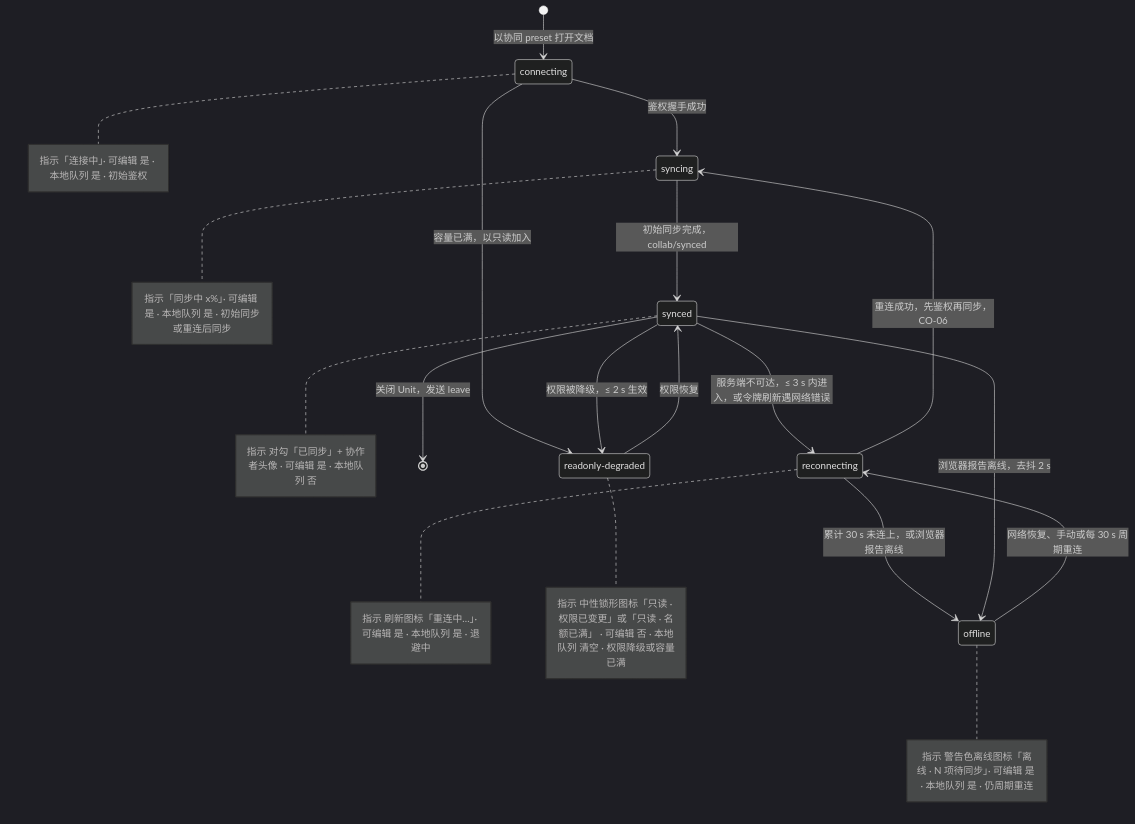
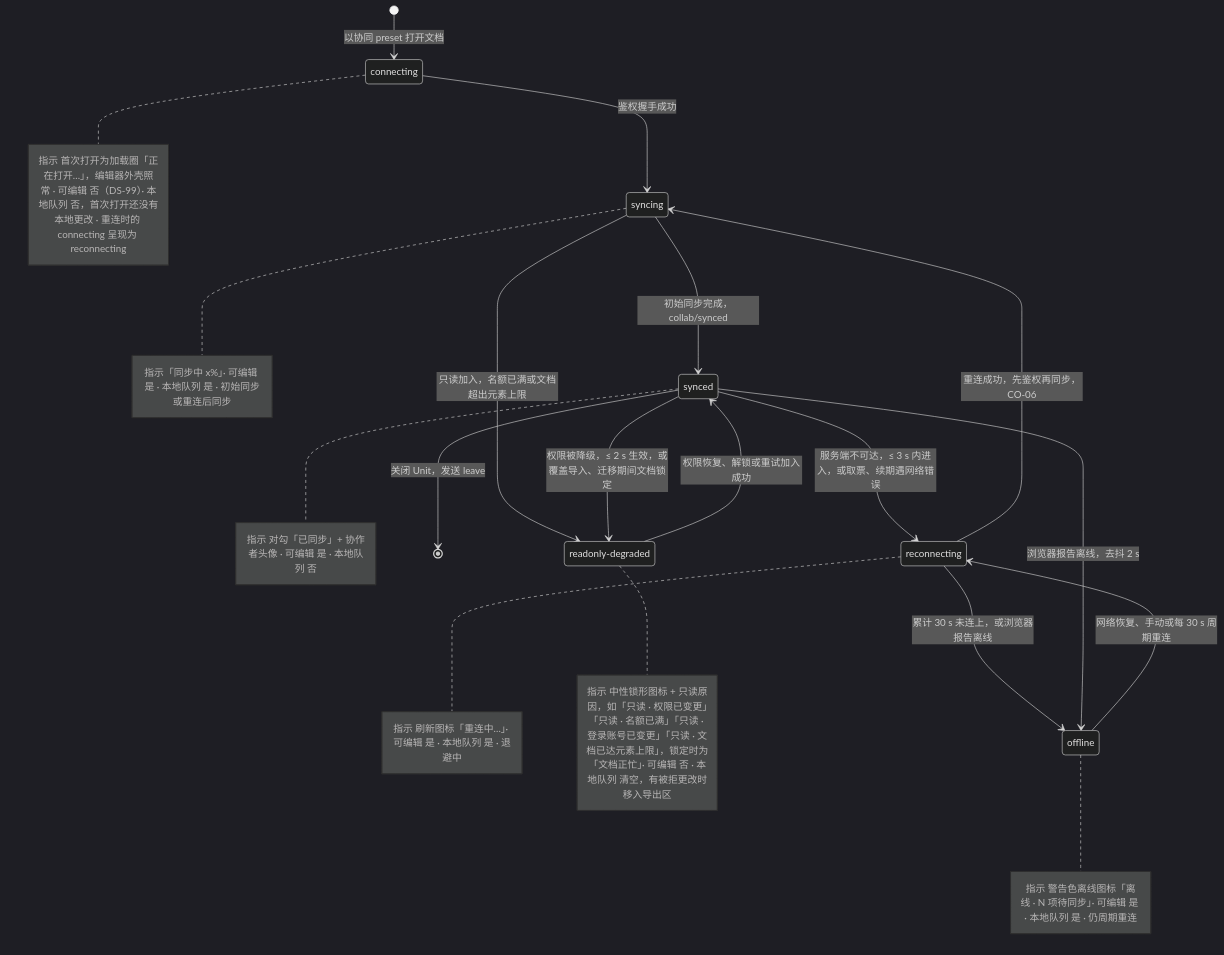
Before and after one commit to Xeonice/cordis-ppt-editor: the tenth of 10 diagrams in docs/10-prd/03-features/03-collaboration.md, drawn with Mermaid (dark theme). The commit also changed other lines of this file and 19 other files, not shown here.

````diff
--- a/docs/10-prd/03-features/03-collaboration.md
+++ b/docs/10-prd/03-features/03-collaboration.md
@@ -461,27 +471,27 @@
 ```mermaid
 stateDiagram-v2
   state "connecting" as connecting
   state "syncing" as syncing
   state "synced" as synced
   state "reconnecting" as reconnecting
   state "offline" as offline
   state "readonly-degraded" as readonly_degraded
   [*] --> connecting: 以协同 preset 打开文档
   connecting --> syncing: 鉴权握手成功
   syncing --> synced: 初始同步完成，collab/synced
-  synced --> reconnecting: 服务端不可达，≤ 3 s 内进入，或令牌刷新遇网络错误
+  synced --> reconnecting: 服务端不可达，≤ 3 s 内进入，或取票、续期遇网络错误
   reconnecting --> syncing: 重连成功，先鉴权再同步，CO-06
   reconnecting --> offline: 累计 30 s 未连上，或浏览器报告离线
   synced --> offline: 浏览器报告离线，去抖 2 s
   offline --> reconnecting: 网络恢复、手动或每 30 s 周期重连
-  connecting --> readonly_degraded: 容量已满，以只读加入
-  synced --> readonly_degraded: 权限被降级，≤ 2 s 生效
-  readonly_degraded --> synced: 权限恢复
+  syncing --> readonly_degraded: 只读加入，名额已满或文档超出元素上限
+  synced --> readonly_degraded: 权限被降级，≤ 2 s 生效，或覆盖导入、迁移期间文档锁定
+  readonly_degraded --> synced: 权限恢复、解锁或重试加入成功
   synced --> [*]: 关闭 Unit，发送 leave
-  note right of connecting: 指示「连接中」· 可编辑 是 · 本地队列 是 · 初始鉴权
+  note right of connecting: 指示 首次打开为加载圈「正在打开…」，编辑器外壳照常 · 可编辑 否（DS-99）· 本地队列 否，首次打开还没有本地更改 · 重连时的 connecting 呈现为 reconnecting
   note right of syncing: 指示「同步中 x%」· 可编辑 是 · 本地队列 是 · 初始同步或重连后同步
   note right of synced: 指示 对勾「已同步」+ 协作者头像 · 可编辑 是 · 本地队列 否
   note right of reconnecting: 指示 刷新图标「重连中…」· 可编辑 是 · 本地队列 是 · 退避中
   note right of offline: 指示 警告色离线图标「离线 · N 项待同步」· 可编辑 是 · 本地队列 是 · 仍周期重连
-  note right of readonly_degraded: 指示 中性锁形图标「只读 · 权限已变更」或「只读 · 名额已满」 · 可编辑 否 · 本地队列 清空 · 权限降级或容量已满
+  note right of readonly_degraded: 指示 中性锁形图标 + 只读原因，如「只读 · 权限已变更」「只读 · 名额已满」「只读 · 登录账号已变更」「只读 · 文档已达元素上限」，锁定时为「文档正忙」· 可编辑 否 · 本地队列 清空，有被拒更改时移入导出区
 ```
````
